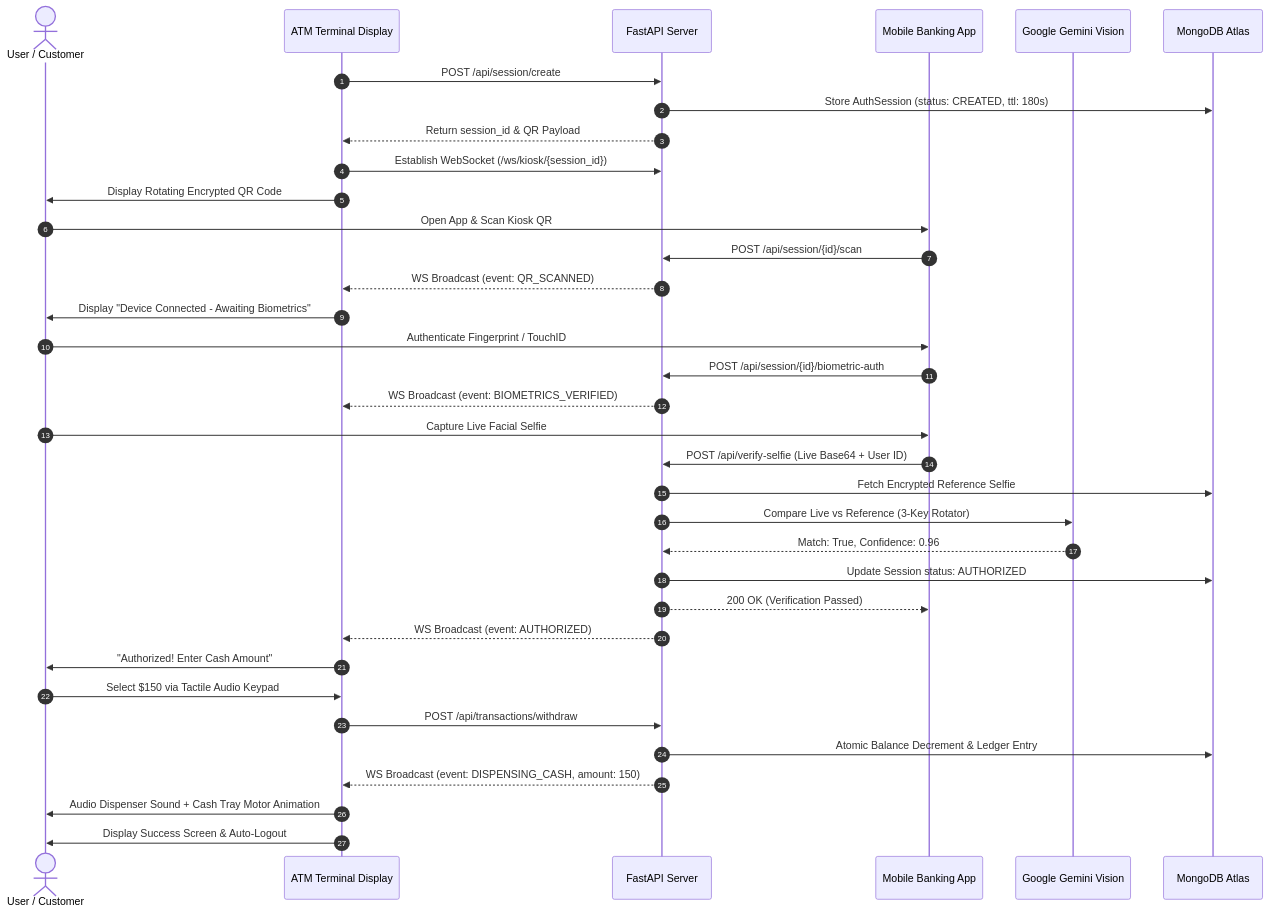
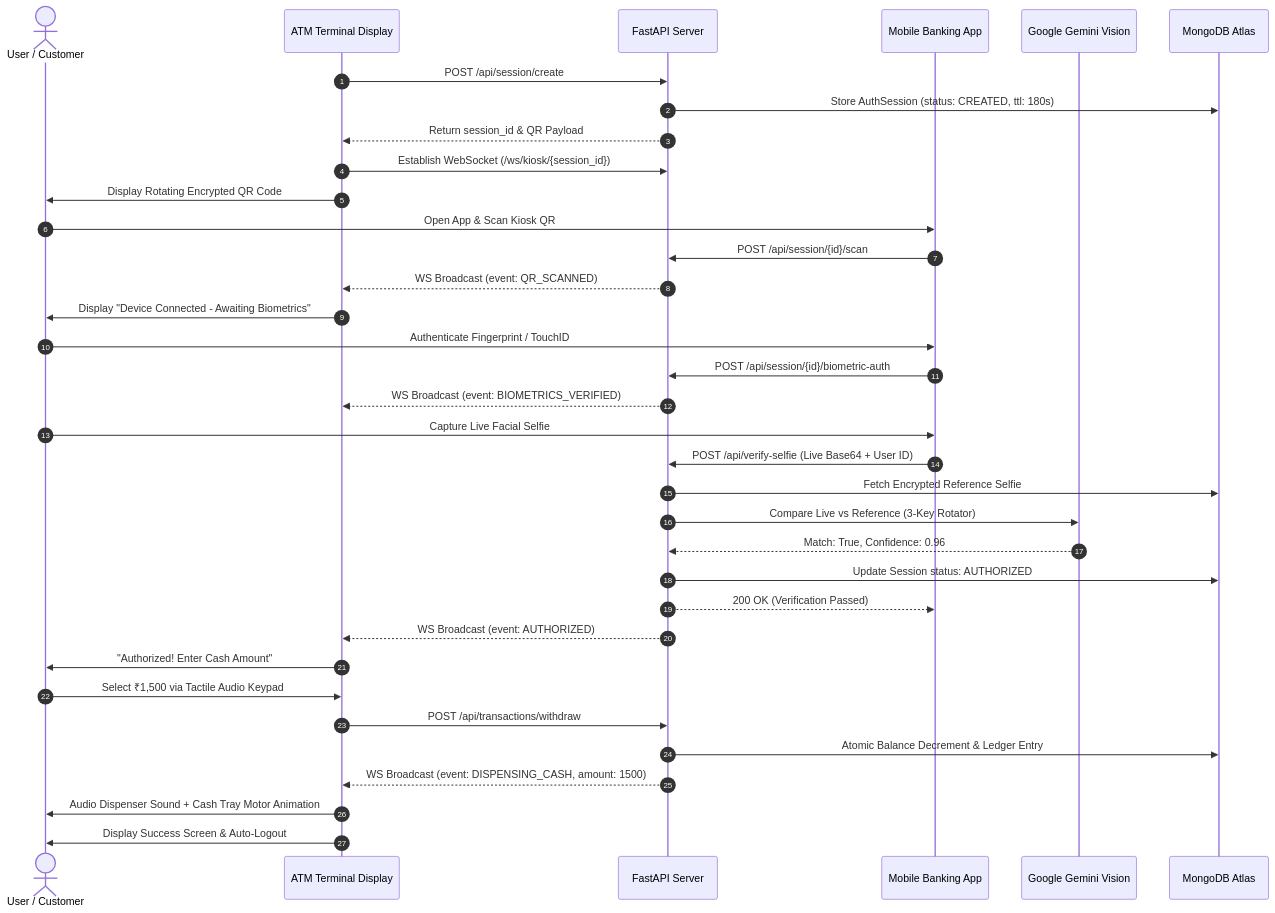
Before and after one commit to sujay-237/ATM-Kisok: the diagram in README.md, drawn with Mermaid. The commit also changed other lines of this file and 11 other files, not shown here.

````diff
--- a/README.md
+++ b/README.md
@@ -100,42 +100,42 @@
 ```mermaid
 sequenceDiagram
     autonumber
     actor Customer as User / Customer
     participant Kiosk as ATM Terminal Display
     participant Backend as FastAPI Server
     participant Mobile as Mobile Banking App
     participant Gemini as Google Gemini Vision
     participant DB as MongoDB Atlas
 
     Kiosk->>Backend: POST /api/session/create
     Backend->>DB: Store AuthSession (status: CREATED, ttl: 180s)
     Backend-->>Kiosk: Return session_id & QR Payload
     Kiosk->>Backend: Establish WebSocket (/ws/kiosk/{session_id})
     Kiosk->>Customer: Display Rotating Encrypted QR Code
 
     Customer->>Mobile: Open App & Scan Kiosk QR
     Mobile->>Backend: POST /api/session/{id}/scan
     Backend-->>Kiosk: WS Broadcast (event: QR_SCANNED)
     Kiosk->>Customer: Display "Device Connected - Awaiting Biometrics"
 
     Customer->>Mobile: Authenticate Fingerprint / TouchID
     Mobile->>Backend: POST /api/session/{id}/biometric-auth
     Backend-->>Kiosk: WS Broadcast (event: BIOMETRICS_VERIFIED)
 
     Customer->>Mobile: Capture Live Facial Selfie
     Mobile->>Backend: POST /api/verify-selfie (Live Base64 + User ID)
     Backend->>DB: Fetch Encrypted Reference Selfie
     Backend->>Gemini: Compare Live vs Reference (3-Key Rotator)
     Gemini-->>Backend: Match: True, Confidence: 0.96
     Backend->>DB: Update Session status: AUTHORIZED
     Backend-->>Mobile: 200 OK (Verification Passed)
     Backend-->>Kiosk: WS Broadcast (event: AUTHORIZED)
 
     Kiosk->>Customer: "Authorized! Enter Cash Amount"
-    Customer->>Kiosk: Select $150 via Tactile Audio Keypad
+    Customer->>Kiosk: Select ₹1,500 via Tactile Audio Keypad
     Kiosk->>Backend: POST /api/transactions/withdraw
     Backend->>DB: Atomic Balance Decrement & Ledger Entry
-    Backend-->>Kiosk: WS Broadcast (event: DISPENSING_CASH, amount: 150)
+    Backend-->>Kiosk: WS Broadcast (event: DISPENSING_CASH, amount: 1500)
     Kiosk->>Customer: Audio Dispenser Sound + Cash Tray Motor Animation
     Kiosk->>Customer: Display Success Screen & Auto-Logout
 ```
````
